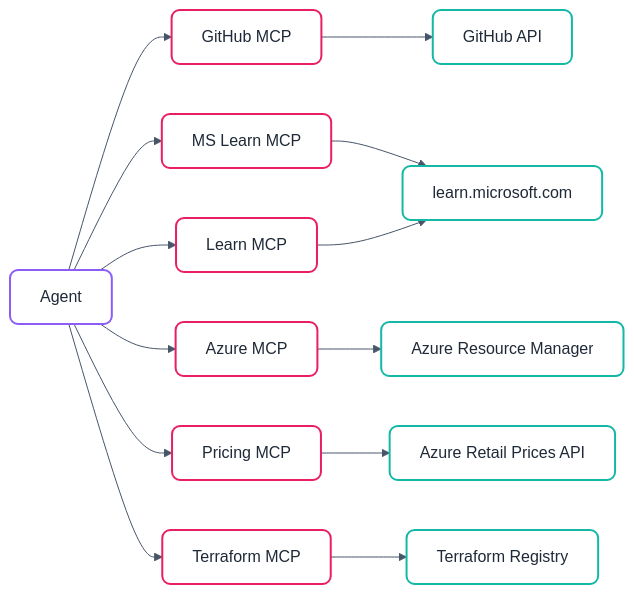
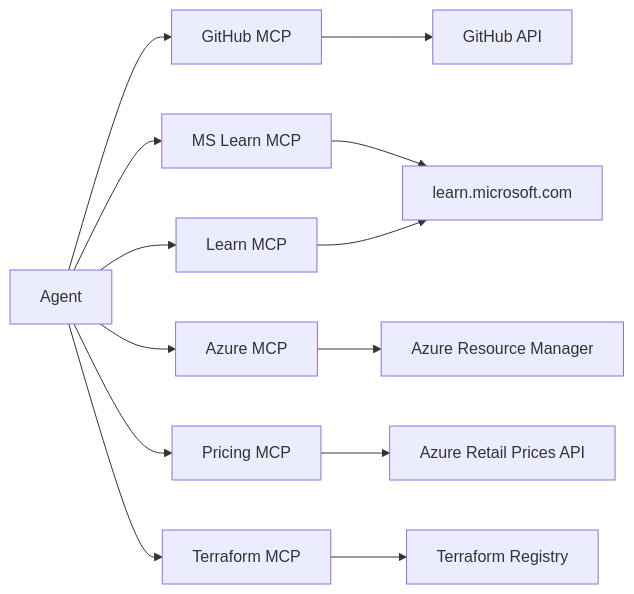
The diagram in site/src/content/docs/concepts/how-it-works/mcp-integration.md (jonathan-vella/apex), drawn with Mermaid before and after one commit. The commit also changed 7 other files, not shown here.

First line of the commit message:
fix(docs): strip hardcoded mermaid theme overrides from 8 content files

````diff
--- a/site/src/content/docs/concepts/how-it-works/mcp-integration.md
+++ b/site/src/content/docs/concepts/how-it-works/mcp-integration.md
@@ -22,36 +22,18 @@
 ```mermaid
-%%{
-  init: {
-    'theme': 'base',
-    'themeVariables': {
-      'primaryColor': '#ffffff',
-      'primaryTextColor': '#333333',
-      'primaryBorderColor': '#14b8a6',
-      'lineColor': '#475569',
-      'fontFamily': 'ui-sans-serif, system-ui, -apple-system, sans-serif'
-    },
-    'flowchart': {
-      'curve': 'basis',
-      'nodeSpacing': 50,
-      'rankSpacing': 50
-    }
-  }
-}%%
 flowchart LR
-    classDef default fill:#ffffff,stroke:#14b8a6,stroke-width:2px,color:#1f2937,rx:8px,ry:8px;
-    classDef agent fill:#ffffff,stroke:#8b5cf6,stroke-width:2px,color:#1f2937,rx:8px,ry:8px;
-    classDef mcp fill:#ffffff,stroke:#e91e63,stroke-width:2px,color:#1f2937,rx:8px,ry:8px;
+
+
 
     A["Agent"]:::agent --> M1["GitHub MCP"]:::mcp
     A --> M2["MS Learn MCP"]:::mcp
     A --> M3["Azure MCP"]:::mcp
     A --> M4["Pricing MCP"]:::mcp
     A --> M5["Terraform MCP"]:::mcp
     A --> M6["Learn MCP"]:::mcp
     M1 --> G["GitHub API"]
     M2 --> L["Microsoft Learn API"]
     M3 --> AZ["Azure Resource Manager"]
     M4 --> P["Azure Retail Prices API"]
     M5 --> T["Terraform Registry"]
     M6 --> L["learn.microsoft.com"]
 ```
````
